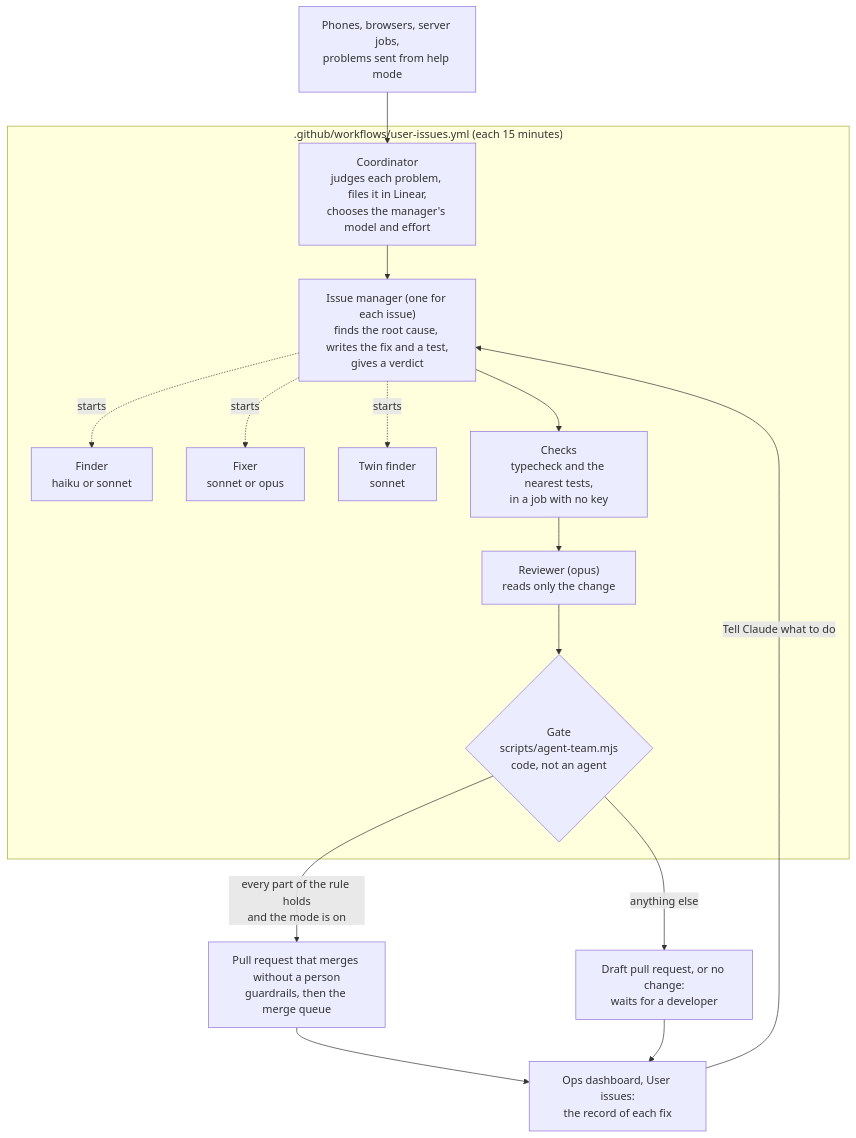
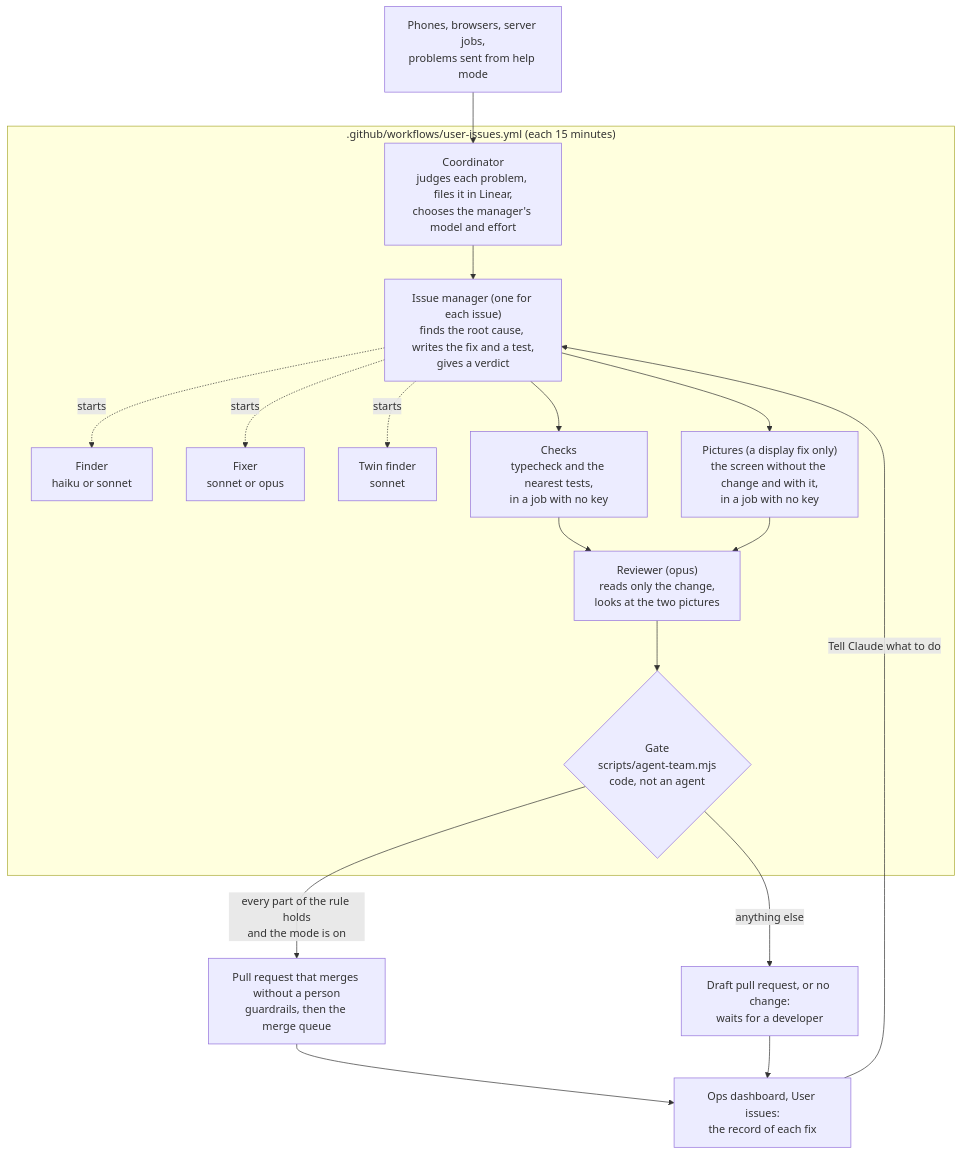
One commit to genesis-ai-dev/langquest-next changed the diagram in docs/agent-team.md. Above: the diagram before and after it, drawn with Mermaid. The commit also changed other lines of this file and 18 other files, not shown here.

First line of the commit message:
A display fix is proven by a picture of the screen before the fix and one after it

````diff
--- a/docs/agent-team.md
+++ b/docs/agent-team.md
@@ -9,19 +9,21 @@
 ```mermaid
 flowchart TD
   P[Phones, browsers, server jobs,<br/>problems sent from help mode] --> W
   subgraph run [".github/workflows/user-issues.yml (each 15 minutes)"]
     W["Coordinator<br/>judges each problem, files it in Linear,<br/>chooses the manager's model and effort"]
     W --> M["Issue manager (one for each issue)<br/>finds the root cause, writes the fix and a test,<br/>gives a verdict"]
     M -.starts.-> F["Finder<br/>haiku or sonnet"]
     M -.starts.-> X["Fixer<br/>sonnet or opus"]
     M -.starts.-> T["Twin finder<br/>sonnet"]
     M --> C["Checks<br/>typecheck and the nearest tests,<br/>in a job with no key"]
-    C --> R["Reviewer (opus)<br/>reads only the change"]
+    M --> S["Pictures (a display fix only)<br/>the screen without the change and with it,<br/>in a job with no key"]
+    C --> R["Reviewer (opus)<br/>reads only the change,<br/>looks at the two pictures"]
+    S --> R
     R --> G{"Gate<br/>scripts/agent-team.mjs<br/>code, not an agent"}
   end
   G -->|every part of the rule holds<br/>and the mode is on| A["Pull request that merges without a person<br/>guardrails, then the merge queue"]
   G -->|anything else| D["Draft pull request, or no change:<br/>waits for a developer"]
   A --> O["Ops dashboard, User issues:<br/>the record of each fix"]
   D --> O
   O -->|"Tell Claude what to do"| M
 ```
````
